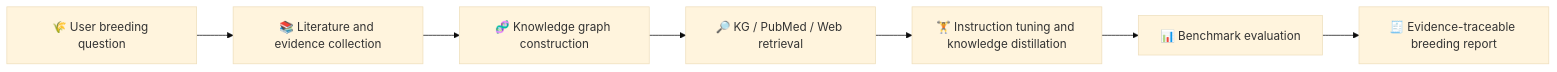
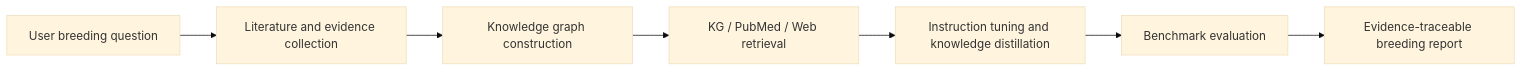
Before and after one commit to zhiweihu1103/DeepBreeding: the first of 2 diagrams in README.md, drawn with Mermaid (base theme). The commit also changed other lines of this file, not shown here.

````diff
--- a/README.md
+++ b/README.md
@@ -17,9 +61,9 @@
 ```mermaid
 flowchart LR
-    Q[🌾 User breeding question] --> L[📚 Literature and evidence collection]
-    L --> KG[🧬 Knowledge graph construction]
-    KG --> R[🔎 KG / PubMed / Web retrieval]
-    R --> T[🏋️ Instruction tuning and knowledge distillation]
-    T --> E[📊 Benchmark evaluation]
-    E --> O[🧾 Evidence-traceable breeding report]
+    A[User breeding question] --> B[Literature and evidence collection]
+    B --> C[Knowledge graph construction]
+    C --> D[KG / PubMed / Web retrieval]
+    D --> E[Instruction tuning and knowledge distillation]
+    E --> F[Benchmark evaluation]
+    F --> G[Evidence-traceable breeding report]
 ```
````
